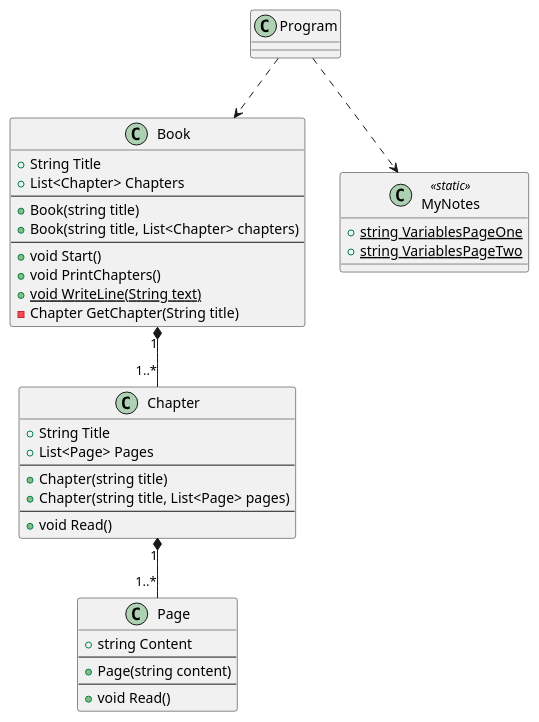
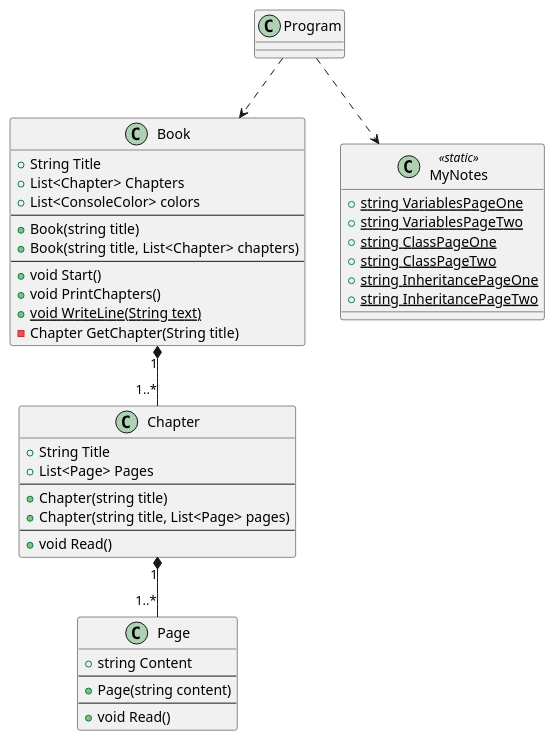
Before and after one commit to HB-Qibli/MyNotes: the diagram in ClassDiagram.puml, drawn with PlantUML. The commit also changed 2 other files, not shown here.

```diff
--- a/ClassDiagram.puml
+++ b/ClassDiagram.puml
@@ -1,49 +1,55 @@
 @startuml Diagram
 
 class Program{
     
 }
 
 class Book{
     + String Title
     + List<Chapter> Chapters
+    +List<ConsoleColor> colors
     --
     + Book(string title)
     + Book(string title, List<Chapter> chapters)
     --
     + void Start()
     + void PrintChapters()
     + {static} void WriteLine(String text)
     - Chapter GetChapter(String title)
 }
 
 class Chapter{
     + String Title
     + List<Page> Pages
     --
     + Chapter(string title)
     + Chapter(string title, List<Page> pages)
     --
     + void Read()
 }
 
 Class Page{
     + string Content
     --
     + Page(string content)
     --
     + void Read()
 }
 
 class MyNotes <<static>>{
     + {static} string VariablesPageOne
     + {static} string VariablesPageTwo
+    + {static} string ClassPageOne
+    + {static} string ClassPageTwo
+    + {static} string InheritancePageOne
+    + {static} string InheritancePageTwo
+
 }
 
 Book "1" *-- "1..*" Chapter
 Chapter "1" *-- "1..*" Page
 
 Program ..> Book
 Program ..> MyNotes
 
 @enduml
```
